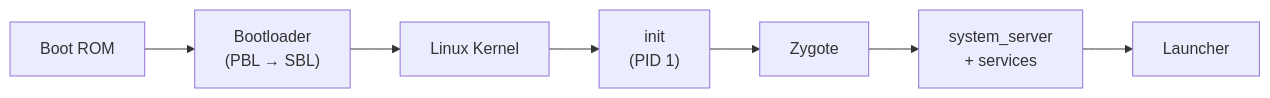
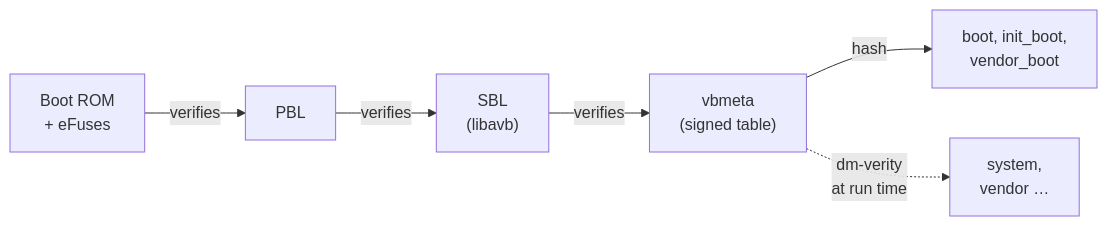
Before and after one commit to anaskhamees/Android-Automotive: the third of 12 diagrams in 07.AndroidBootingSequence/README.md, drawn with Mermaid. The commit also changed other lines of this file and 12 other files, not shown here.

````diff
--- a/07.AndroidBootingSequence/README.md
+++ b/07.AndroidBootingSequence/README.md
@@ -22,5 +318,8 @@
 ```mermaid
 flowchart LR
-    A["Boot ROM"] --> B["Bootloader<br/>(PBL → SBL)"] --> C["Linux Kernel"]
-    C --> D["init<br/>(PID 1)"] --> E["Zygote"] --> F["system_server<br/>+ services"] --> G["Launcher"]
+    R["Boot ROM<br/>+ eFuses"] -- "verifies" --> P["PBL"]
+    P -- "verifies" --> S["SBL<br/>(libavb)"]
+    S -- "verifies" --> V["vbmeta<br/>(signed table)"]
+    V -- "hash" --> B["boot, init_boot,<br/>vendor_boot"]
+    V -. "dm-verity<br/>at run time" .-> D["system,<br/>vendor …"]
 ```
````
